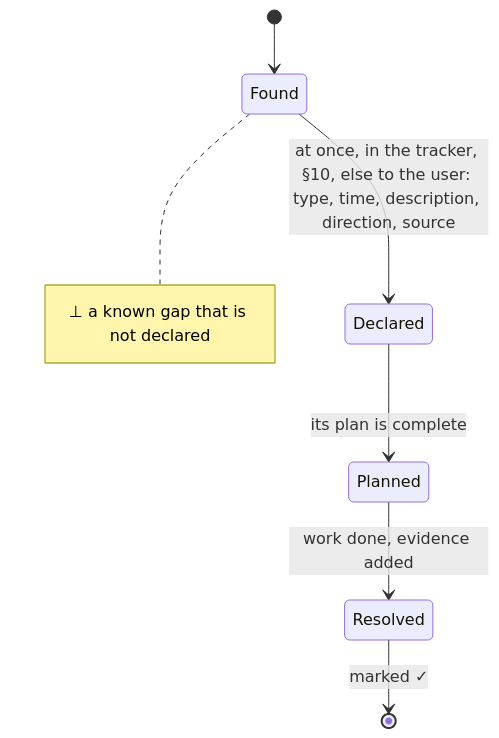
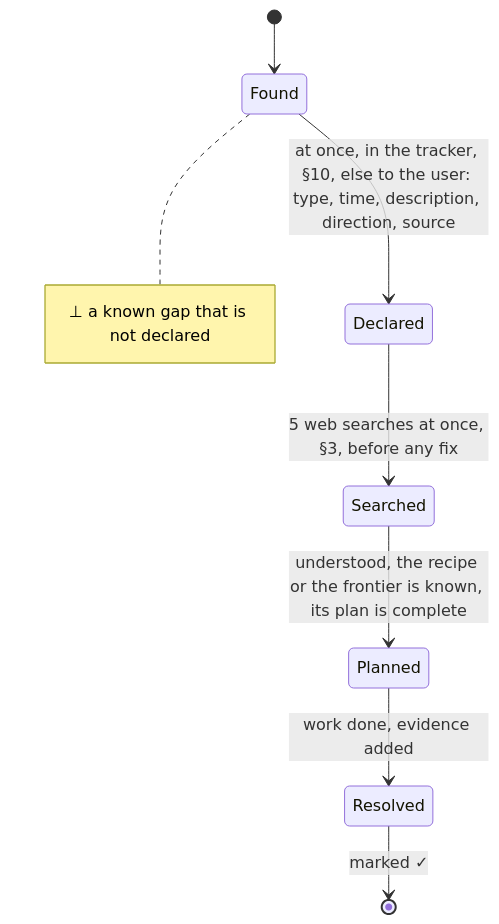
Diagram 13 of 14 in AGENTS.md (SolenixAI/arbiter), drawn with Mermaid before and after one commit. The commit also changed other lines of this file and 2 other files, not shown here.

````diff
--- a/AGENTS.md
+++ b/AGENTS.md
@@ -595,9 +619,10 @@
 ```mermaid
 stateDiagram-v2
   [*] --> Found
   Found --> Declared: at once, in the tracker, §10, else to the user: type, time, description, direction, source
-  Declared --> Planned: its plan is complete
+  Declared --> Searched: 5 web searches at once, §3, before any fix
+  Searched --> Planned: understood, the recipe or the frontier is known, its plan is complete
   Planned --> Resolved: work done, evidence added
   Resolved --> [*]: marked ✓
   note right of Found : ⊥ a known gap that is not declared
 ```
````
